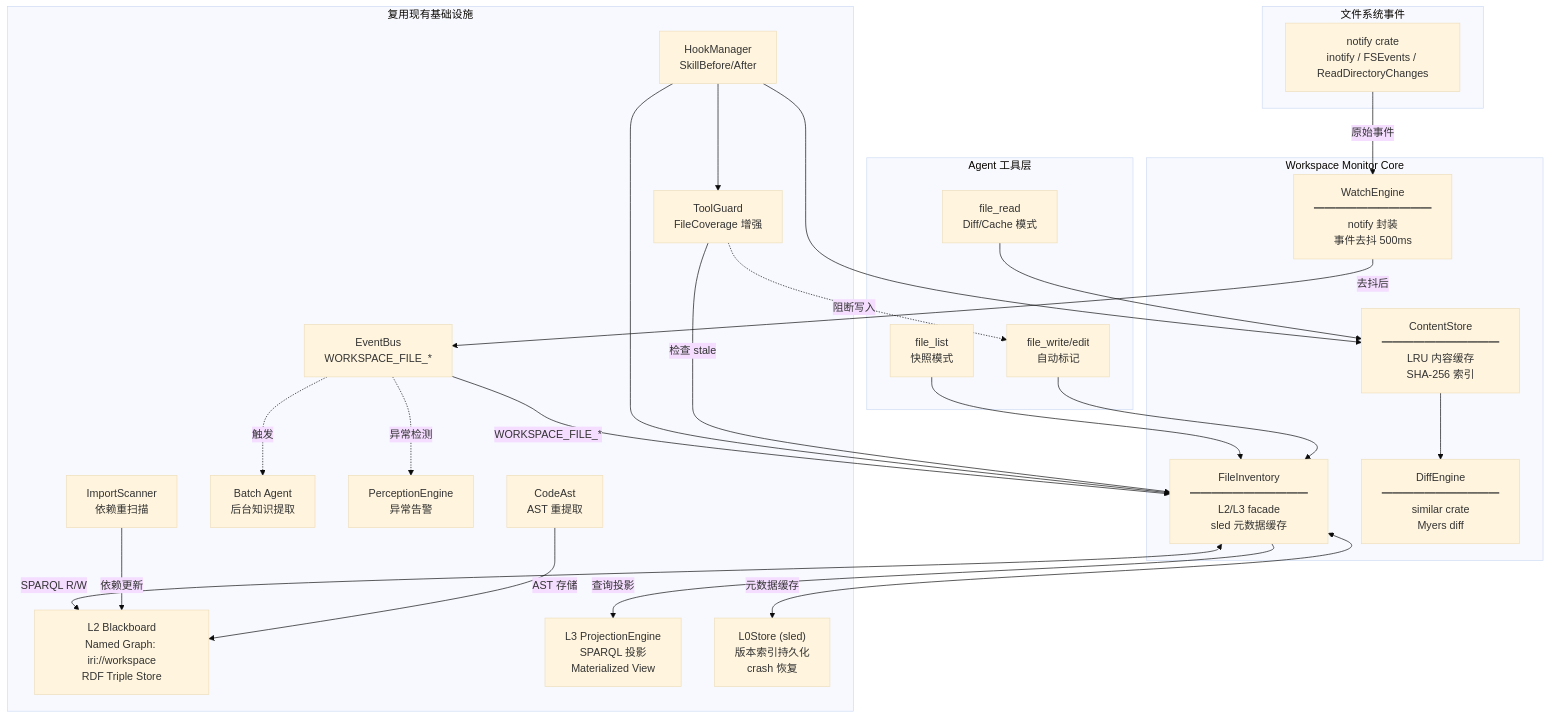
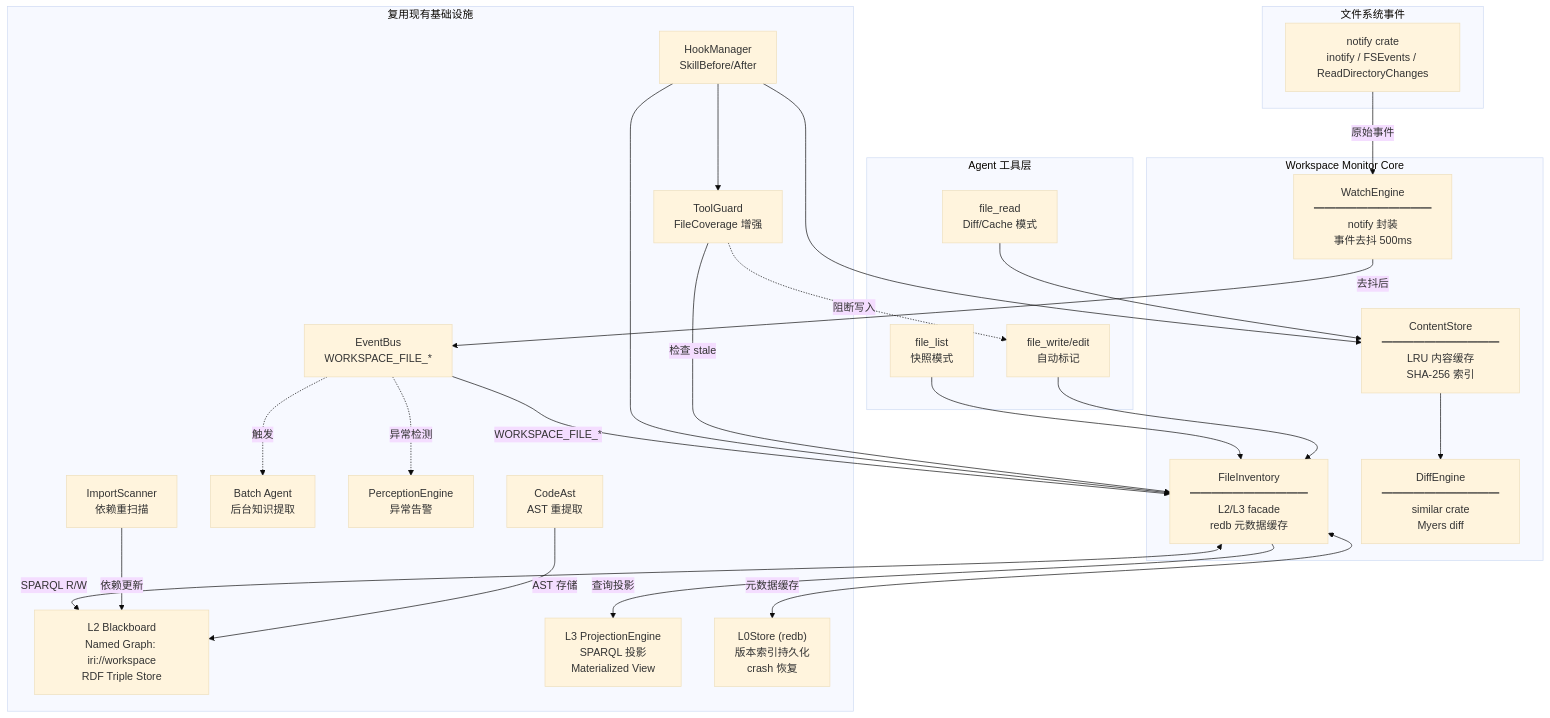
The first of 4 diagrams in docs/12_workspace-filesystem-monitor.md (skaiy/Wild_AgentOS), drawn with Mermaid (base theme) before and after one commit. The commit also changed other lines of this file and 8 other files, not shown here.

````diff
--- a/docs/12_workspace-filesystem-monitor.md
+++ b/docs/12_workspace-filesystem-monitor.md
@@ -84,55 +84,55 @@
 ```mermaid
 flowchart TB
     subgraph FS["文件系统事件"]
         NOTIFY["notify crate<br/>inotify / FSEvents / ReadDirectoryChanges"]
     end
 
     subgraph CORE["Workspace Monitor Core"]
         WE["WatchEngine<br/>━━━━━━━━━━━<br/>notify 封装<br/>事件去抖 500ms"]
-        FI["FileInventory<br/>━━━━━━━━━━━<br/>L2/L3 facade<br/>sled 元数据缓存"]
+        FI["FileInventory<br/>━━━━━━━━━━━<br/>L2/L3 facade<br/>redb 元数据缓存"]
         CS["ContentStore<br/>━━━━━━━━━━━<br/>LRU 内容缓存<br/>SHA-256 索引"]
         DE["DiffEngine<br/>━━━━━━━━━━━<br/>similar crate<br/>Myers diff"]
     end
 
     subgraph EXISTING["复用现有基础设施"]
         EB["EventBus<br/>WORKSPACE_FILE_*"]
         L2["L2 Blackboard<br/>Named Graph: iri://workspace<br/>RDF Triple Store"]
         L3["L3 ProjectionEngine<br/>SPARQL 投影<br/>Materialized View"]
-        L0["L0Store (sled)<br/>版本索引持久化<br/>crash 恢复"]
+        L0["L0Store (redb)<br/>版本索引持久化<br/>crash 恢复"]
         HM["HookManager<br/>SkillBefore/After"]
         TG["ToolGuard<br/>FileCoverage 增强"]
         IS["ImportScanner<br/>依赖重扫描"]
         BA["Batch Agent<br/>后台知识提取"]
         PE["PerceptionEngine<br/>异常告警"]
         CA["CodeAst<br/>AST 重提取"]
     end
 
     subgraph AGENT["Agent 工具层"]
         FR["file_read<br/>Diff/Cache 模式"]
         FL["file_list<br/>快照模式"]
         FW["file_write/edit<br/>自动标记"]
     end
 
     NOTIFY -->|原始事件| WE
     WE -->|去抖后| EB
     EB -->|WORKSPACE_FILE_*| FI
     EB -.->|触发| BA
     EB -.->|异常检测| PE
 
     FI <-->|SPARQL R/W| L2
     FI -->|查询投影| L3
     FI <-->|元数据缓存| L0
 
     HM --> FI
     HM --> TG
     HM --> CS
 
     TG -->|检查 stale| FI
     TG -.->|阻断写入| FW
     IS -->|依赖更新| L2
     CA -->|AST 存储| L2
 
     FR --> CS --> DE
     FL --> FI
     FW --> FI
 ```
````
